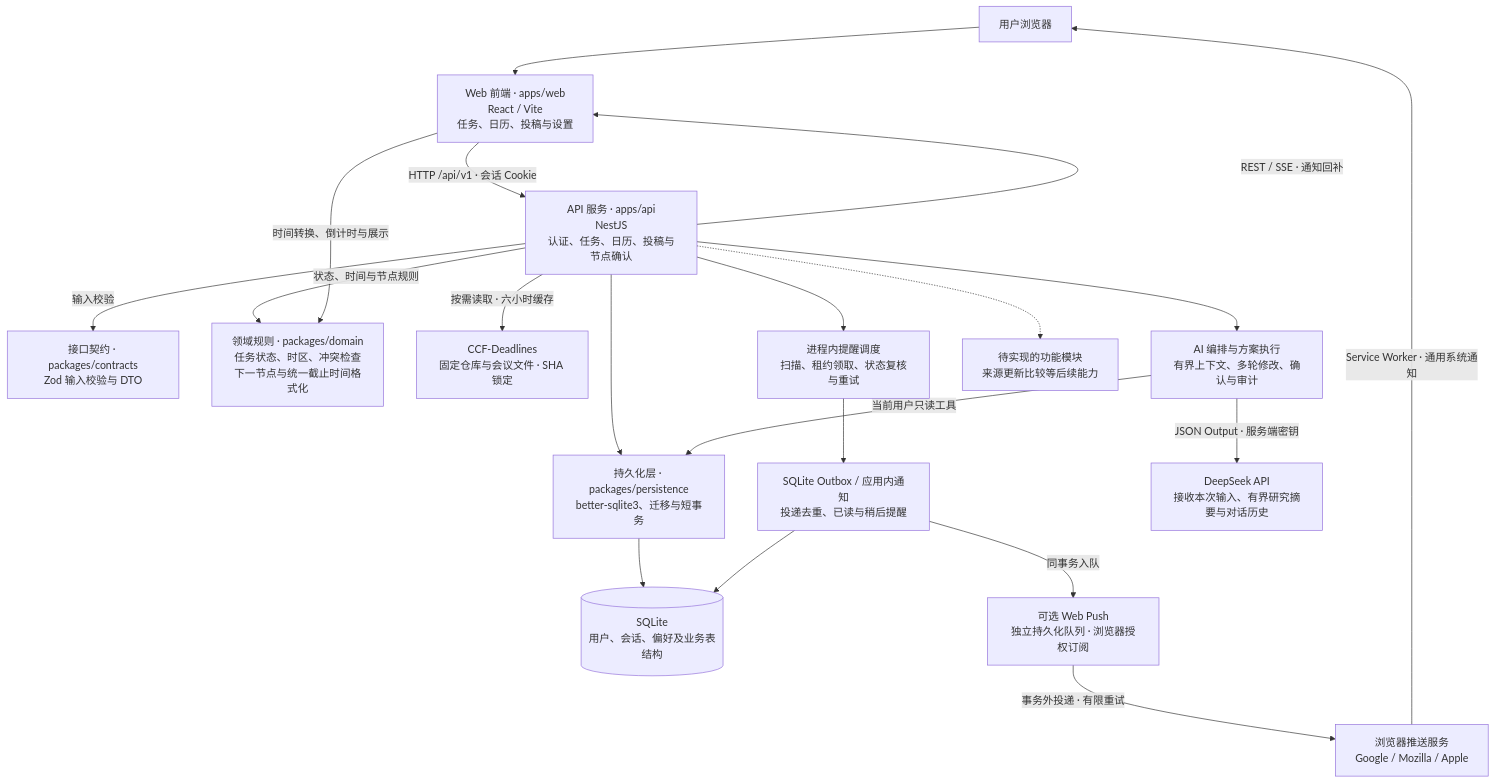
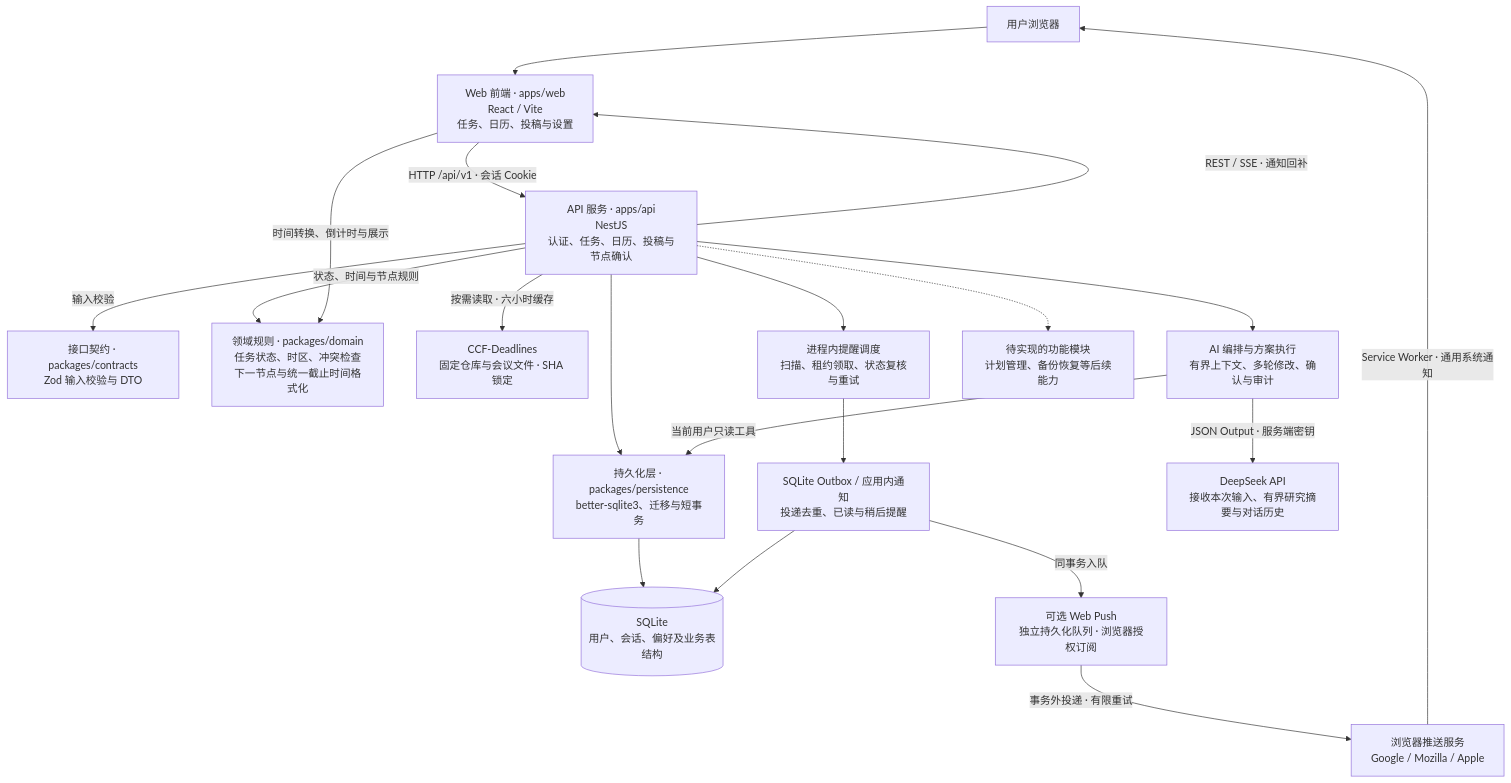
One commit to shenyang70s/daily-plan changed the diagram in README.md. Above: the diagram before and after it, drawn with Mermaid. The commit also changed other lines of this file and 16 other files, not shown here.

````diff
--- a/README.md
+++ b/README.md
@@ -27,38 +27,38 @@
 ```mermaid
 flowchart TB
   browser["用户浏览器"]
   web["Web 前端 · apps/web<br/>React / Vite<br/>任务、日历、投稿与设置"]
   api["API 服务 · apps/api<br/>NestJS<br/>认证、任务、日历、投稿与节点确认"]
   contracts["接口契约 · packages/contracts<br/>Zod 输入校验与 DTO"]
   persistence["持久化层 · packages/persistence<br/>better-sqlite3、迁移与短事务"]
   db[("SQLite<br/>用户、会话、偏好及业务表结构")]
   domain["领域规则 · packages/domain<br/>任务状态、时区、冲突检查<br/>下一节点与统一截止时间格式化"]
   conferences["CCF-Deadlines<br/>固定仓库与会议文件 · SHA 锁定"]
   scheduler["进程内提醒调度<br/>扫描、租约领取、状态复核与重试"]
   outbox["SQLite Outbox / 应用内通知<br/>投递去重、已读与稍后提醒"]
   push["可选 Web Push<br/>独立持久化队列 · 浏览器授权订阅"]
   provider["浏览器推送服务<br/>Google / Mozilla / Apple"]
   ai["AI 编排与方案执行<br/>有界上下文、多轮修改、确认与审计"]
   deepseek["DeepSeek API<br/>接收本次输入、有界研究摘要与对话历史"]
-  planned["待实现的功能模块<br/>来源更新比较等后续能力"]
+  planned["待实现的功能模块<br/>计划管理、备份恢复等后续能力"]
 
   browser --> web
   web -->|"HTTP /api/v1 · 会话 Cookie"| api
   api -->|"输入校验"| contracts
   api --> persistence
   persistence --> db
   api -->|"状态、时间与节点规则"| domain
   web -->|"时间转换、倒计时与展示"| domain
   api -->|"按需读取 · 六小时缓存"| conferences
   api --> scheduler
   scheduler --> outbox
   outbox --> db
   outbox -->|"同事务入队"| push
   push -->|"事务外投递 · 有限重试"| provider
   provider -->|"Service Worker · 通用系统通知"| browser
   api -->|"REST / SSE · 通知回补"| web
   api --> ai
   ai -->|"JSON Output · 服务端密钥"| deepseek
   ai -->|"当前用户只读工具"| persistence
   api -.-> planned
 ```
````
